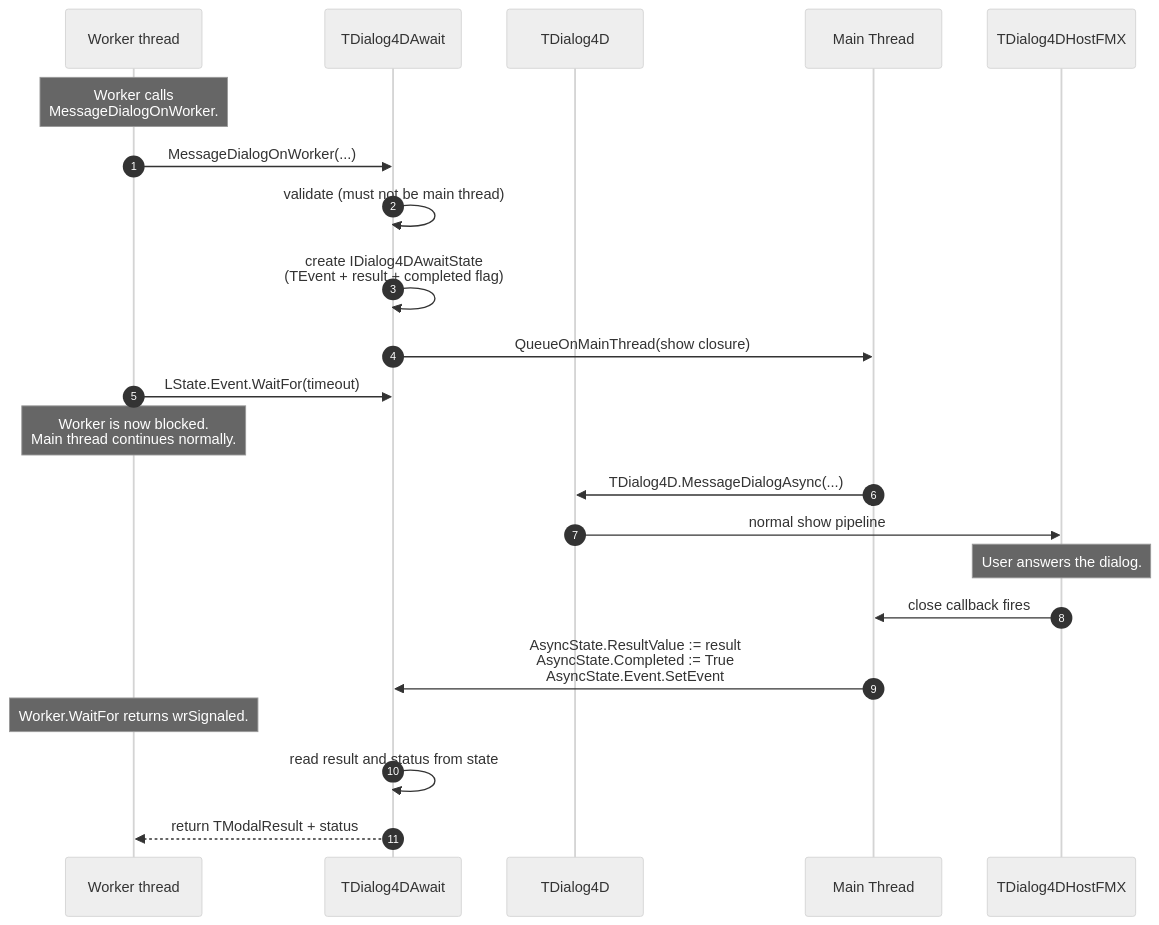
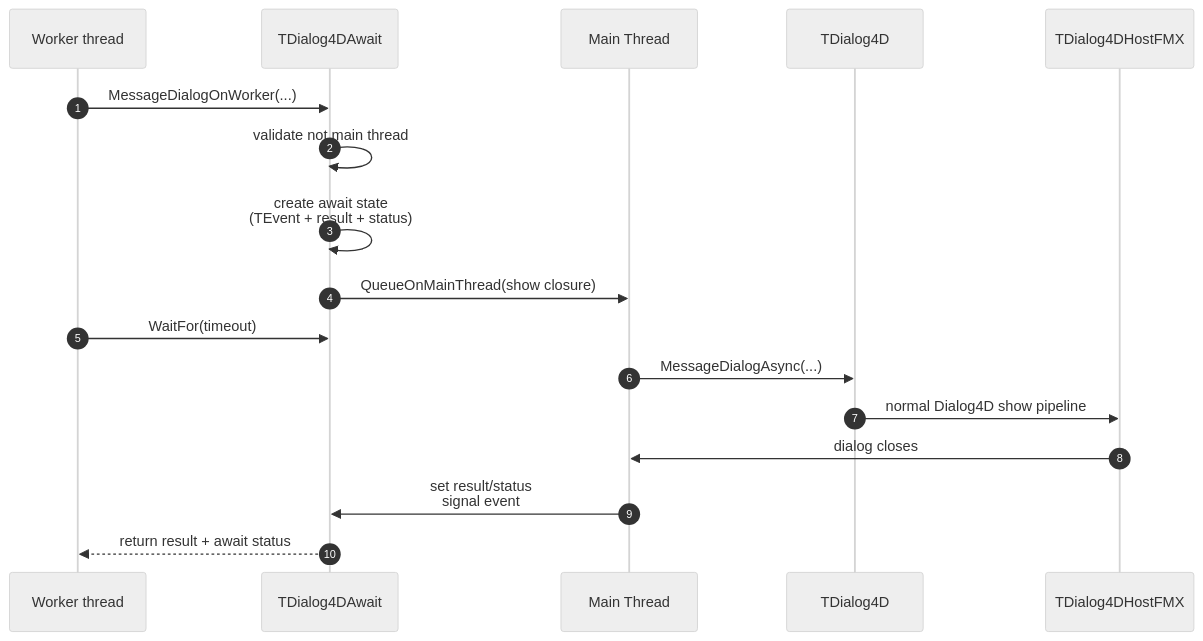
One commit to eduardoparaujo/Dialog4D changed the seventh of 7 diagrams in docs/Architecture.md. Above: the diagram before and after it, drawn with Mermaid (neutral theme). The commit also changed other lines of this file and 23 other files, not shown here.

````diff
--- a/docs/Architecture.md
+++ b/docs/Architecture.md
@@ -506,33 +649,24 @@
 ```mermaid
 sequenceDiagram
     autonumber
     participant Worker as Worker thread
     participant Await as TDialog4DAwait
+    participant UI as Main Thread
     participant Facade as TDialog4D
-    participant UI as Main Thread
     participant Host as TDialog4DHostFMX
 
-    Note over Worker: Worker calls<br/>MessageDialogOnWorker.
-
     Worker->>Await: MessageDialogOnWorker(...)
-    Await->>Await: validate (must not be main thread)
-    Await->>Await: create IDialog4DAwaitState<br/>(TEvent + result + completed flag)
+    Await->>Await: validate not main thread
+    Await->>Await: create await state<br/>(TEvent + result + status)
 
     Await->>UI: QueueOnMainThread(show closure)
-    Worker->>Await: LState.Event.WaitFor(timeout)
+    Worker->>Await: WaitFor(timeout)
 
-    Note over Worker: Worker is now blocked.<br/>Main thread continues normally.
+    UI->>Facade: MessageDialogAsync(...)
+    Facade->>Host: normal Dialog4D show pipeline
 
-    UI->>Facade: TDialog4D.MessageDialogAsync(...)
-    Facade->>Host: normal show pipeline
+    Host->>UI: dialog closes
+    UI->>Await: set result/status<br/>signal event
 
-    Note over Host: User answers the dialog.
-
-    Host->>UI: close callback fires
-    UI->>Await: AsyncState.ResultValue := result<br/>AsyncState.Completed := True<br/>AsyncState.Event.SetEvent
-
-    Note over Worker: Worker.WaitFor returns wrSignaled.
-
-    Await->>Await: read result and status from state
-    Await-->>Worker: return TModalResult + status
+    Await-->>Worker: return result + await status
 ```
````
